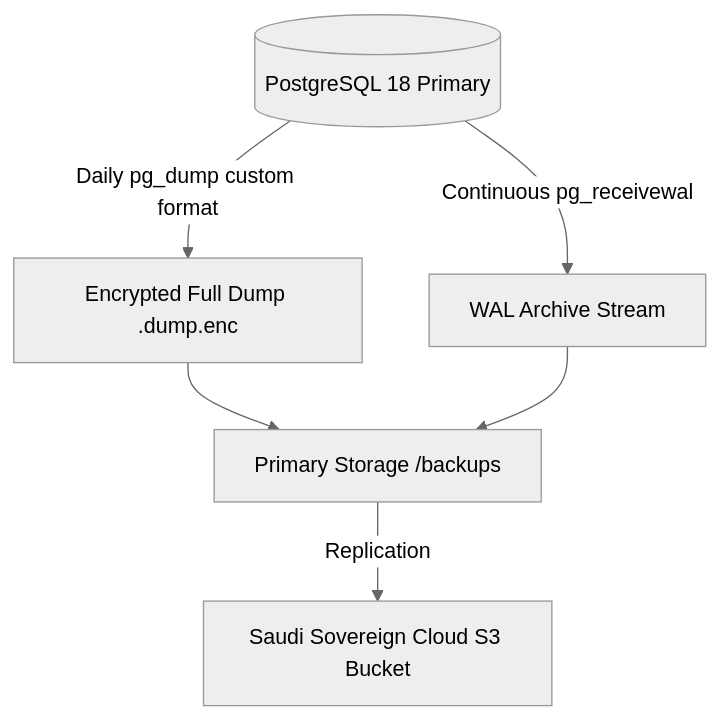
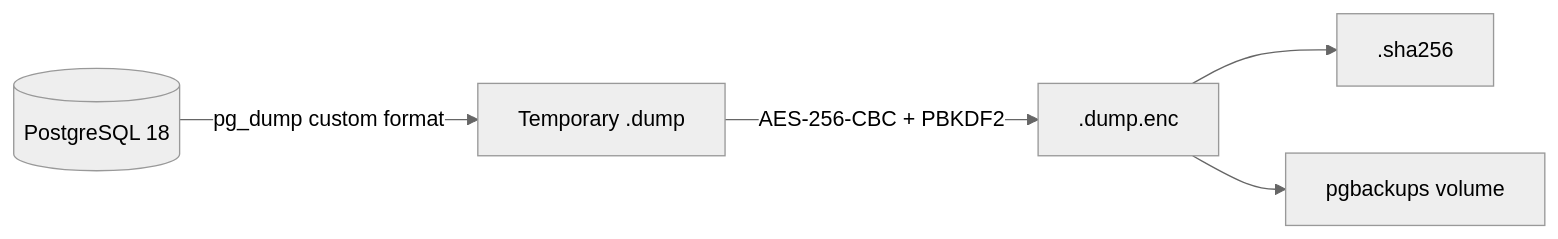
Before and after one commit to Ahmed4Devs/SA-ERP-GoLang: the diagram in docs/backup/backup-strategy.md, drawn with Mermaid (neutral theme). The commit also changed other lines of this file and 54 other files, not shown here.

````diff
--- a/docs/backup/backup-strategy.md
+++ b/docs/backup/backup-strategy.md
@@ -13,8 +10,7 @@
 ```mermaid
-graph TD
-    DB[(PostgreSQL 18 Primary)] -->|Daily pg_dump custom format| FullDump[Encrypted Full Dump .dump.enc]
-    DB -->|Continuous pg_receivewal| WALArchive[WAL Archive Stream]
-    FullDump --> S3Local[Primary Storage /backups]
-    WALArchive --> S3Local
-    S3Local -->|Replication| S3Riyadh[Saudi Sovereign Cloud S3 Bucket]
+graph LR
+    DB[(PostgreSQL 18)] -->|pg_dump custom format| Dump[Temporary .dump]
+    Dump -->|AES-256-CBC + PBKDF2| Encrypted[.dump.enc]
+    Encrypted --> Checksum[.sha256]
+    Encrypted --> Volume[pgbackups volume]
 ```
````
